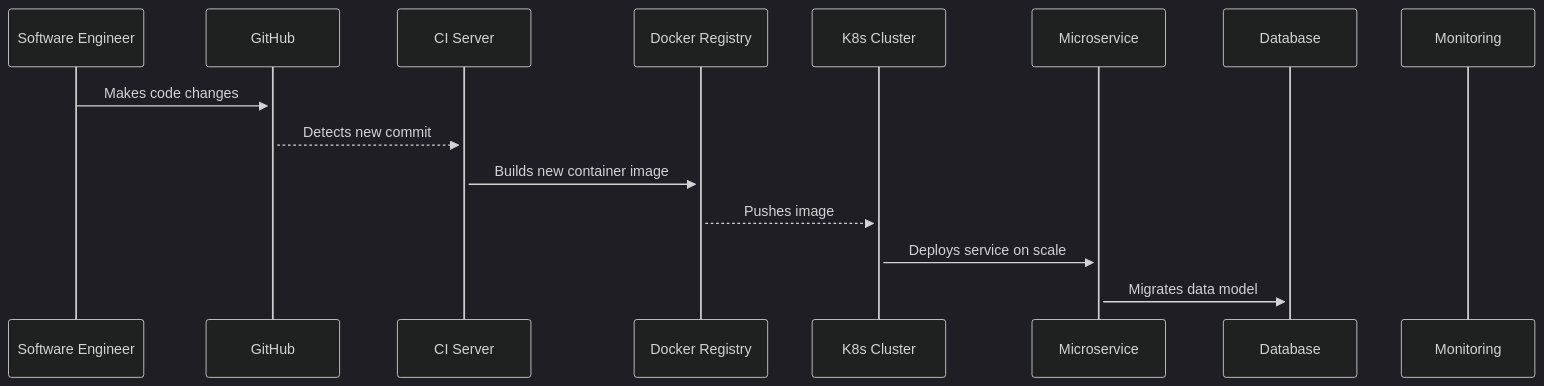
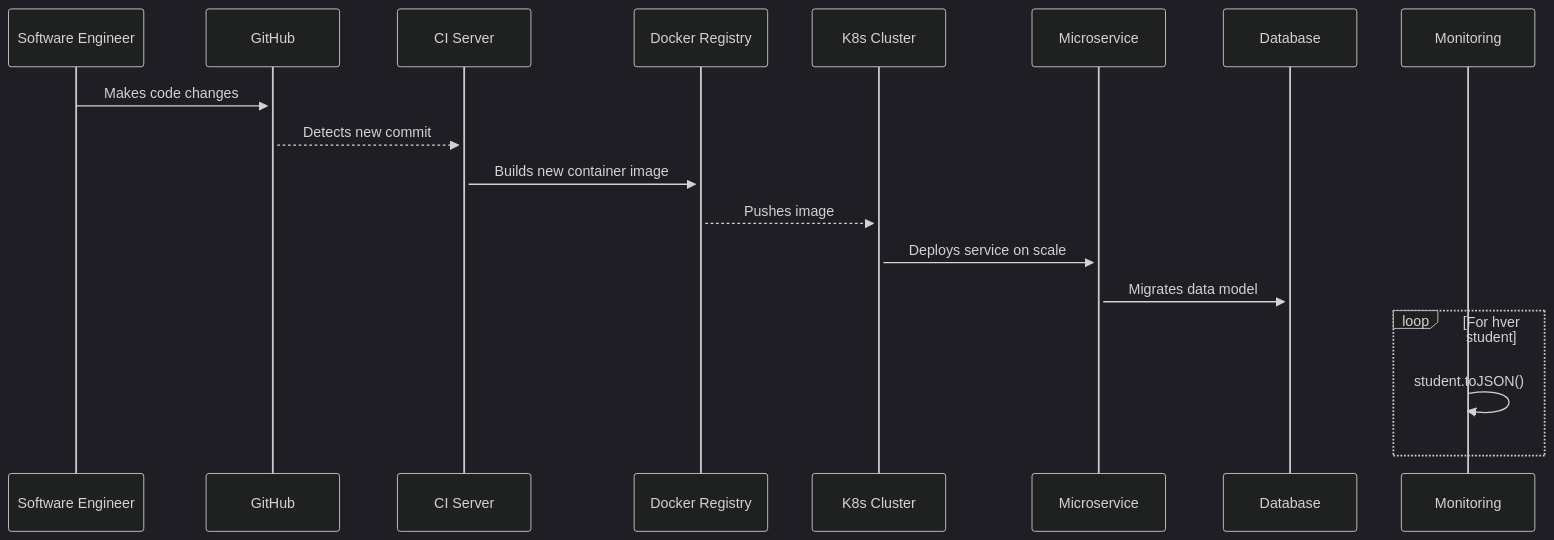
Before and after one commit to digitnow/data1500-lecture-02: the diagram in seqdiagr/test-mermaid.md, drawn with Mermaid (dark theme). The commit also changed other lines of this file, not shown here.

Commit message:
testing 6

````diff
--- a/seqdiagr/test-mermaid.md
+++ b/seqdiagr/test-mermaid.md
@@ -3,18 +3,21 @@
 ```mermaid
 sequenceDiagram
     participant SE as Software Engineer
     participant GH as GitHub
     participant CI as CI Server
     participant DR as Docker Registry
     participant KC as K8s Cluster
     participant MS as Microservice
     participant DB as Database
     participant MON as Monitoring
 
     SE->>+GH: Makes code changes
     GH-->>+CI: Detects new commit
     CI->>+DR: Builds new container image
     DR-->>+KC: Pushes image
     KC->>+MS: Deploys service on scale
     MS->>+DB: Migrates data model
+    loop For hver student
+        MON->>MON: student.toJSON()
+    end
 ```
````
